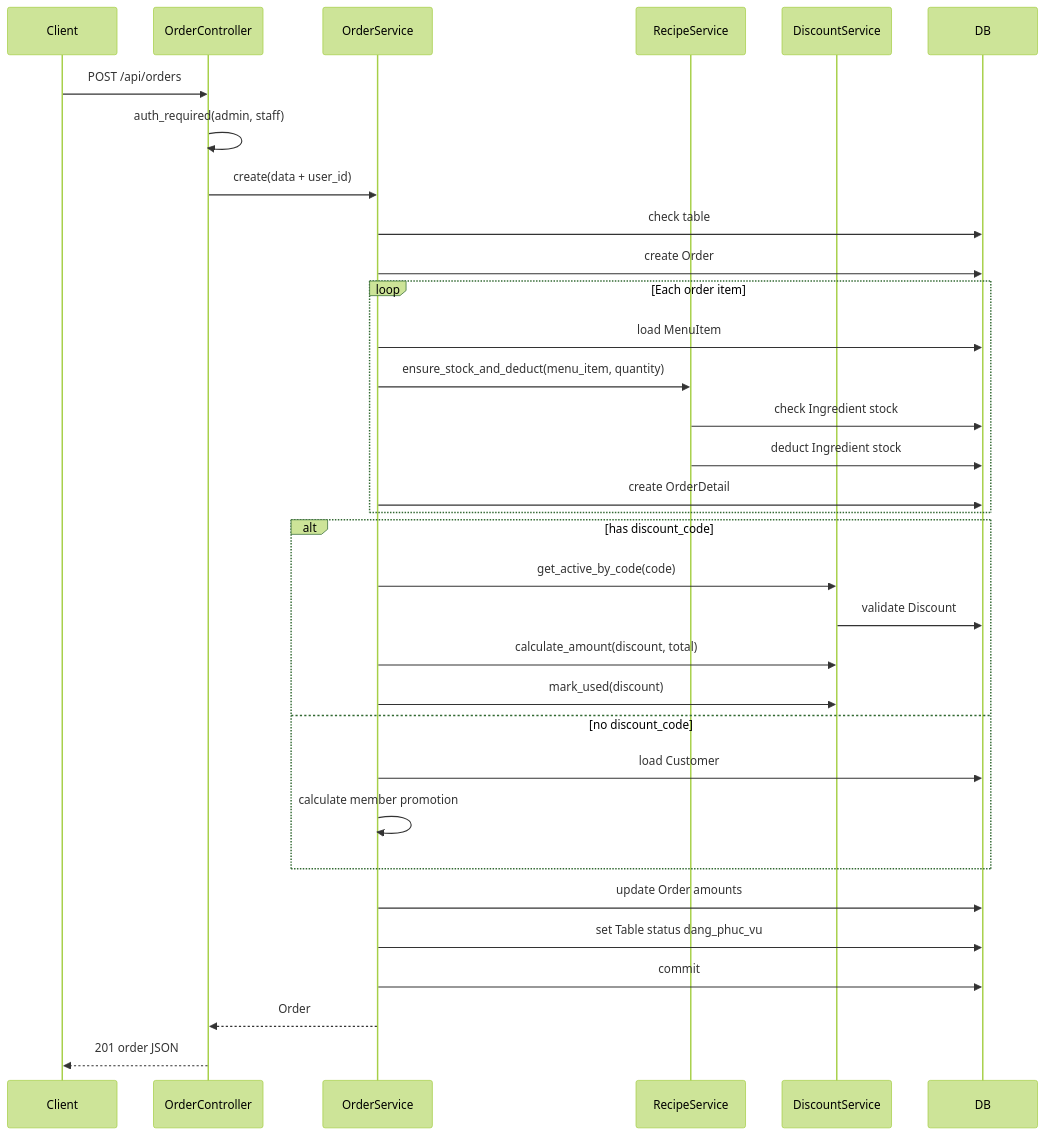
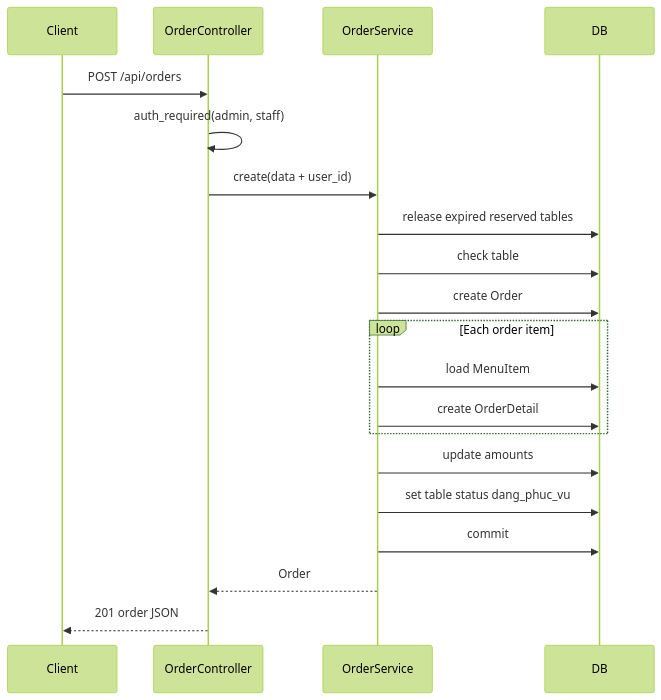
Before and after one commit to trinhlaosu/sushi_restaurant_management: the second of 2 diagrams in docs/IMPORTANT_MODULE_ORDER.md, drawn with Mermaid (forest theme). The commit also changed other lines of this file and 51 other files, not shown here.

````diff
--- a/docs/IMPORTANT_MODULE_ORDER.md
+++ b/docs/IMPORTANT_MODULE_ORDER.md
@@ -353,36 +182,23 @@
 ```mermaid
 sequenceDiagram
     participant Client
     participant OrderController
     participant OrderService
-    participant RecipeService
-    participant DiscountService
     participant DB
 
     Client->>OrderController: POST /api/orders
     OrderController->>OrderController: auth_required(admin, staff)
     OrderController->>OrderService: create(data + user_id)
+    OrderService->>DB: release expired reserved tables
     OrderService->>DB: check table
     OrderService->>DB: create Order
     loop Each order item
         OrderService->>DB: load MenuItem
-        OrderService->>RecipeService: ensure_stock_and_deduct(menu_item, quantity)
-        RecipeService->>DB: check Ingredient stock
-        RecipeService->>DB: deduct Ingredient stock
         OrderService->>DB: create OrderDetail
     end
-    alt has discount_code
-        OrderService->>DiscountService: get_active_by_code(code)
-        DiscountService->>DB: validate Discount
-        OrderService->>DiscountService: calculate_amount(discount, total)
-        OrderService->>DiscountService: mark_used(discount)
-    else no discount_code
-        OrderService->>DB: load Customer
-        OrderService->>OrderService: calculate member promotion
-    end
-    OrderService->>DB: update Order amounts
-    OrderService->>DB: set Table status dang_phuc_vu
+    OrderService->>DB: update amounts
+    OrderService->>DB: set table status dang_phuc_vu
     OrderService->>DB: commit
     OrderService-->>OrderController: Order
     OrderController-->>Client: 201 order JSON
 ```
````
